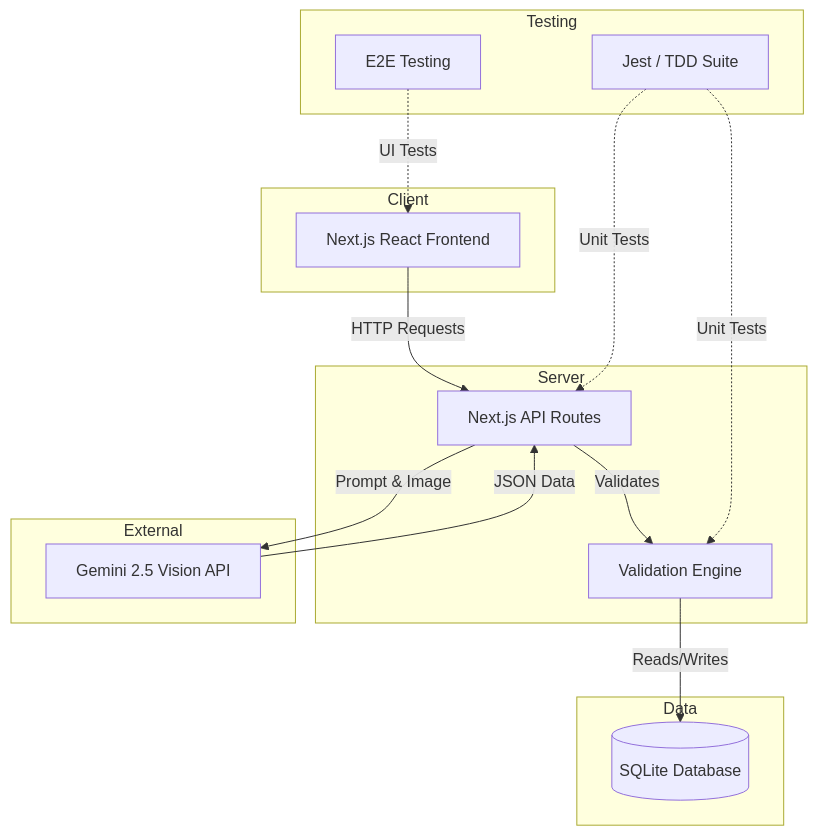
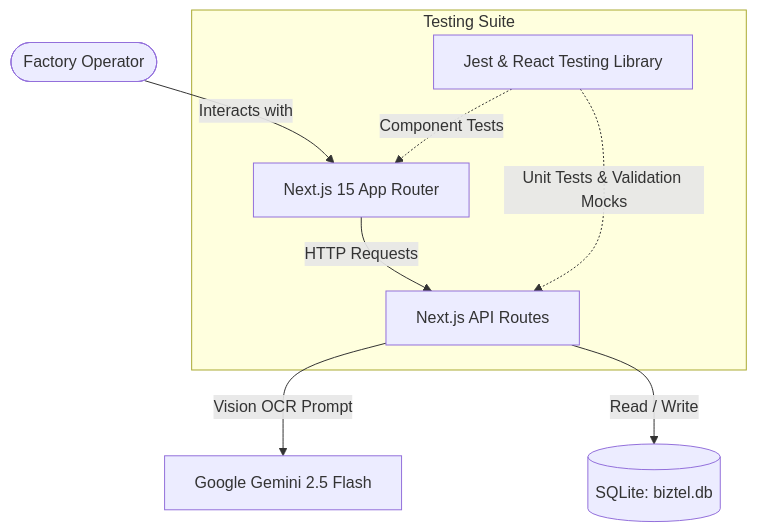
One commit to nanthitha25/biztelai changed the first of 8 diagrams in README.md. Above: the diagram before and after it, drawn with Mermaid. The commit also changed other lines of this file, not shown here.

Commit message:
docs: Update Architecture and Sequence diagrams

````diff
--- a/README.md
+++ b/README.md
@@ -46,29 +46,12 @@
 ```mermaid
-flowchart TD
-    subgraph Client
-        UI[Next.js React Frontend]
+graph TD
+    User([Factory Operator]) --> |Interacts with| Frontend[Next.js 15 App Router]
+    Frontend --> |HTTP Requests| API[Next.js API Routes]
+    API --> |Vision OCR Prompt| Gemini[Google Gemini 2.5 Flash]
+    API --> |Read / Write| DB[(SQLite: biztel.db)]
+    
+    subgraph Testing Suite
+        TDD[Jest & React Testing Library] -.-> |Component Tests| Frontend
+        TDD -.-> |Unit Tests & Validation Mocks| API
     end
-    subgraph Server
-        API[Next.js API Routes]
-        Val[Validation Engine]
-    end
-    subgraph External
-        AI[Gemini 2.5 Vision API]
-    end
-    subgraph Data
-        DB[(SQLite Database)]
-    end
-    subgraph Testing
-        Jest[Jest / TDD Suite]
-        Playwright[E2E Testing]
-    end
-    
-    UI -->|HTTP Requests| API
-    API -->|Prompt & Image| AI
-    AI -->|JSON Data| API
-    API -->|Validates| Val
-    Val -->|Reads/Writes| DB
-    Jest -.->|Unit Tests| Val
-    Jest -.->|Unit Tests| API
-    Playwright -.->|UI Tests| UI
 ```
````
